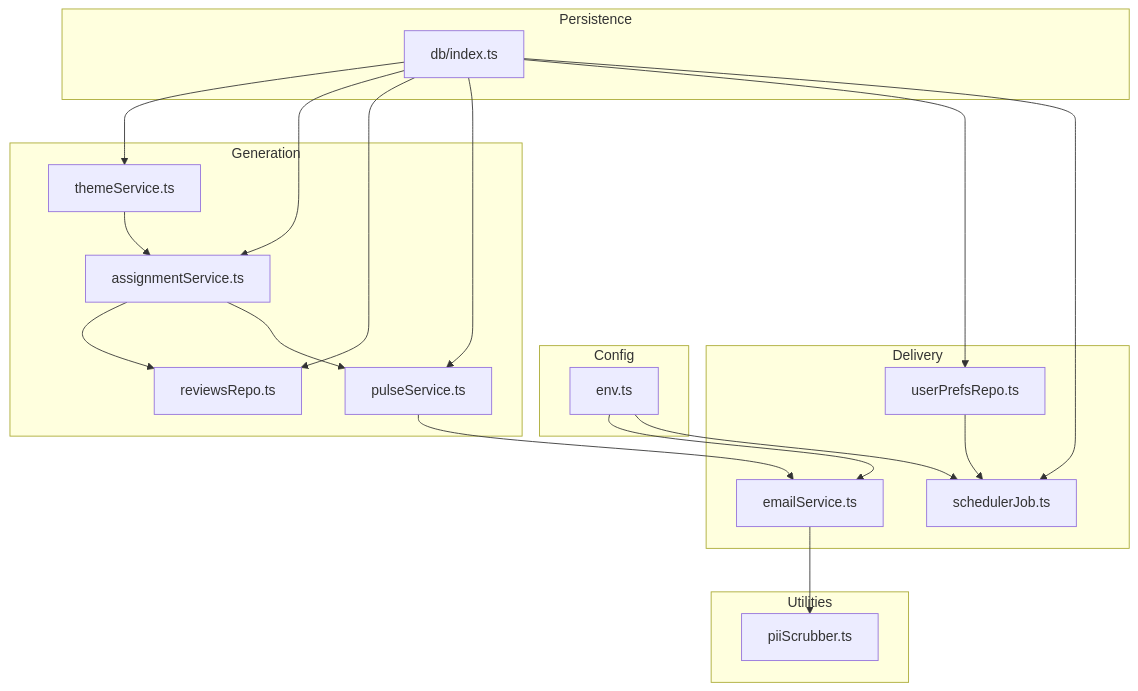
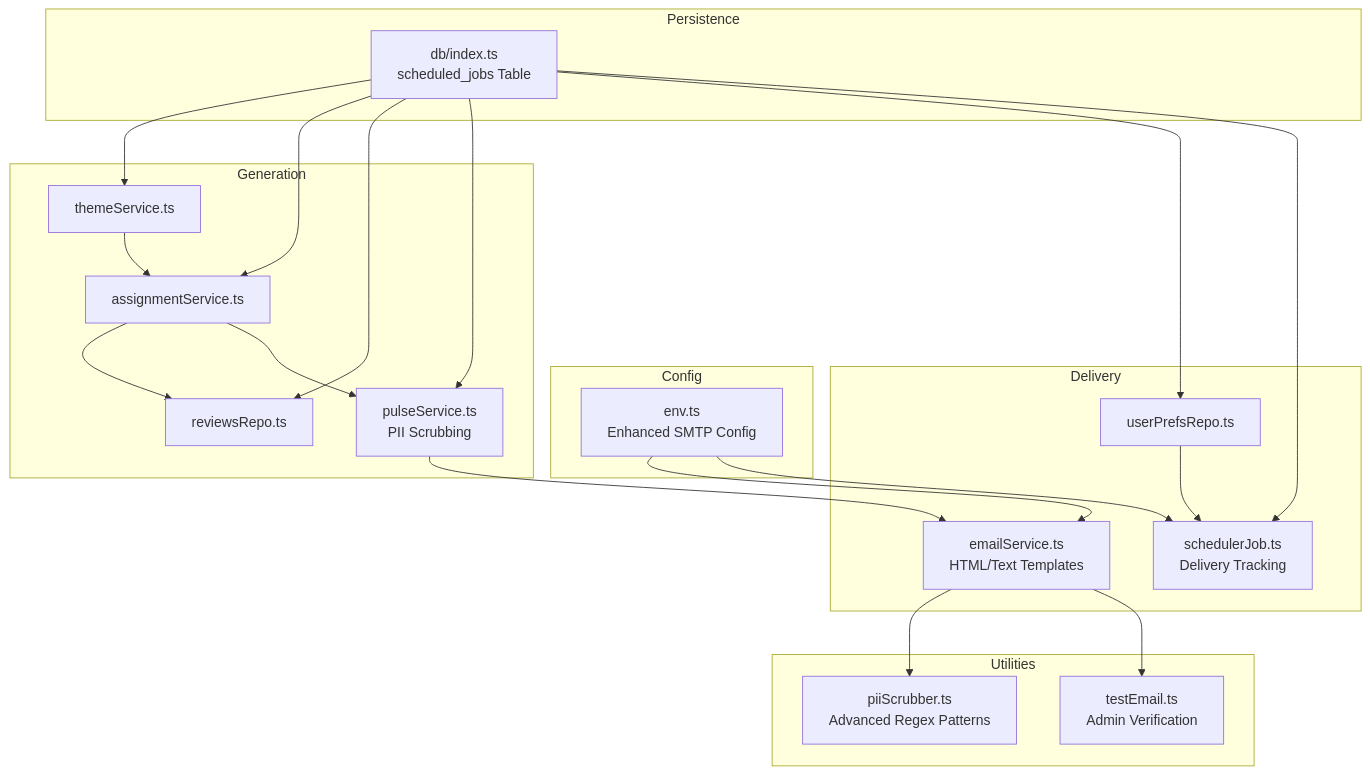
One commit to aravinthraj-ramalingam/Groww-App-Review-Insights-Analyzer- changed the first of 3 diagrams in .qoder/repowiki/en/content/Phase 2_ Advanced Analytics & Automation/Email Service & Delivery.md. Above: the diagram before and after it, drawn with Mermaid. The commit also changed other lines of this file and 11 other files, not shown here.

````diff
--- a/.qoder/repowiki/en/content/Phase 2_ Advanced Analytics & Automation/Email Service & Delivery.md
+++ b/.qoder/repowiki/en/content/Phase 2_ Advanced Analytics & Automation/Email Service & Delivery.md
@@ -43,37 +51,39 @@
 ```mermaid
 graph TB
 subgraph "Config"
-ENV["env.ts"]
+ENV["env.ts<br/>Enhanced SMTP Config"]
 end
 subgraph "Persistence"
-DBIDX["db/index.ts"]
+DBIDX["db/index.ts<br/>scheduled_jobs Table"]
 end
 subgraph "Generation"
 THEME["themeService.ts"]
 ASSIGN["assignmentService.ts"]
 REV["reviewsRepo.ts"]
-PULSE["pulseService.ts"]
+PULSE["pulseService.ts<br/>PII Scrubbing"]
 end
 subgraph "Delivery"
-EMAIL["emailService.ts"]
+EMAIL["emailService.ts<br/>HTML/Text Templates"]
 PREFS["userPrefsRepo.ts"]
-SCHED["schedulerJob.ts"]
+SCHED["schedulerJob.ts<br/>Delivery Tracking"]
 end
 subgraph "Utilities"
-SCRUB["piiScrubber.ts"]
+SCRUB["piiScrubber.ts<br/>Advanced Regex Patterns"]
+TEST["testEmail.ts<br/>Admin Verification"]
 end
 ENV --> EMAIL
 ENV --> SCHED
 DBIDX --> THEME
 DBIDX --> ASSIGN
 DBIDX --> REV
 DBIDX --> PULSE
 DBIDX --> PREFS
 DBIDX --> SCHED
 THEME --> ASSIGN
 ASSIGN --> REV
 ASSIGN --> PULSE
 PULSE --> EMAIL
 PREFS --> SCHED
 EMAIL --> SCRUB
+EMAIL --> TEST
 ```
````
